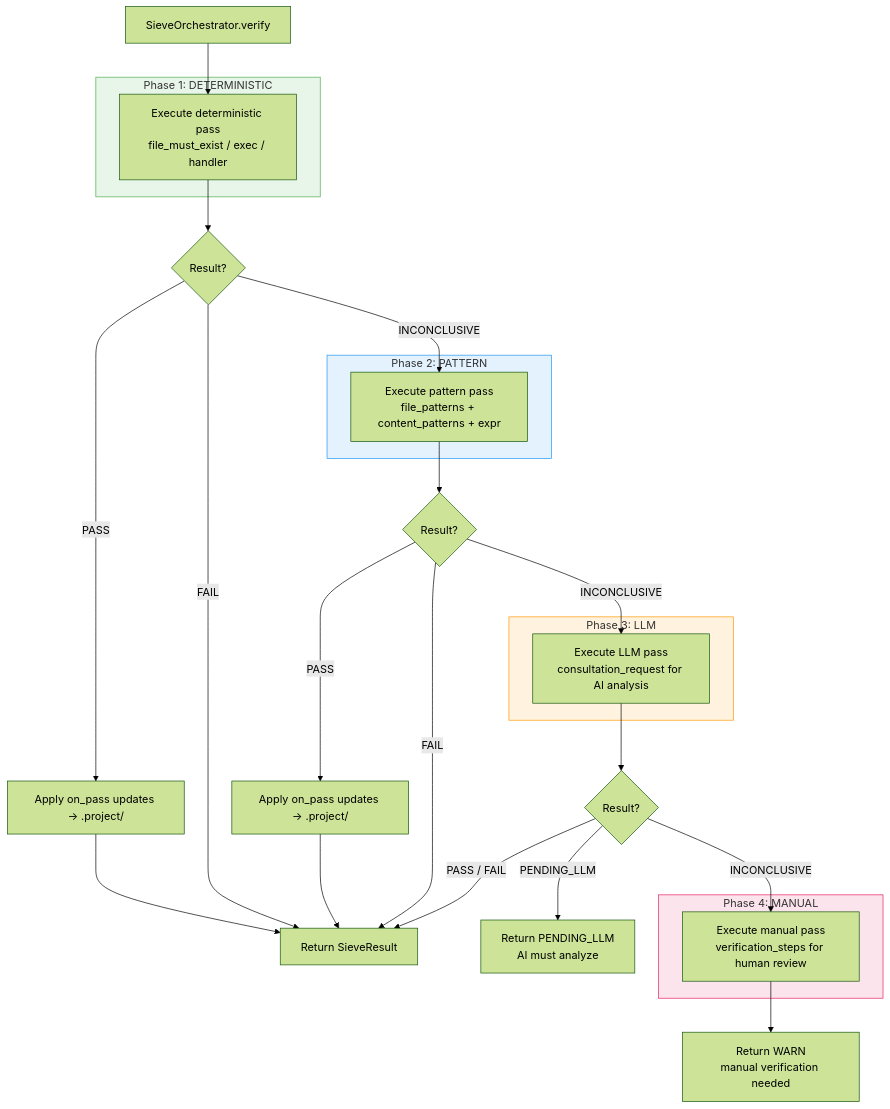
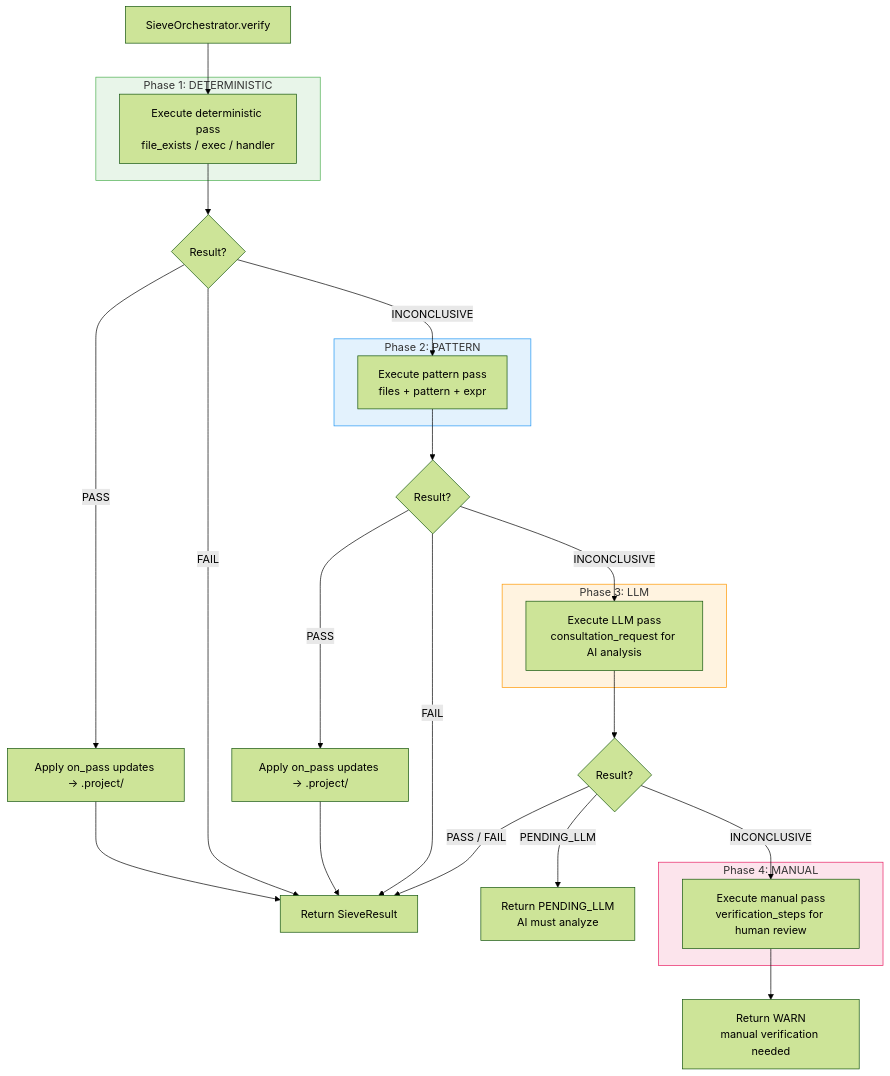
One commit to DYNOSuprovo/darnit changed the third of 6 diagrams in docs/WORKFLOW.md. Above: the diagram before and after it, drawn with Mermaid (forest theme). The commit also changed 91 other files, not shown here.

````diff
--- a/docs/WORKFLOW.md
+++ b/docs/WORKFLOW.md
@@ -77,44 +77,44 @@
 ```mermaid
 flowchart TD
     Start[SieveOrchestrator.verify] --> D
 
     subgraph Phase1["Phase 1: DETERMINISTIC"]
-        D[Execute deterministic pass<br/>file_must_exist / exec / handler]
+        D[Execute deterministic pass<br/>file_exists / exec / handler]
     end
 
     D --> D_check{Result?}
     D_check -->|PASS| D_pass[Apply on_pass updates → .project/]
     D_pass --> Done[Return SieveResult]
     D_check -->|FAIL| Done
     D_check -->|INCONCLUSIVE| P
 
     subgraph Phase2["Phase 2: PATTERN"]
-        P[Execute pattern pass<br/>file_patterns + content_patterns + expr]
+        P[Execute pattern pass<br/>files + pattern + expr]
     end
 
     P --> P_check{Result?}
     P_check -->|PASS| P_pass[Apply on_pass updates → .project/]
     P_pass --> Done
     P_check -->|FAIL| Done
     P_check -->|INCONCLUSIVE| LLM
 
     subgraph Phase3["Phase 3: LLM"]
         LLM[Execute LLM pass<br/>consultation_request for AI analysis]
     end
 
     LLM --> LLM_check{Result?}
     LLM_check -->|PASS / FAIL| Done
     LLM_check -->|PENDING_LLM| Pending[Return PENDING_LLM<br/>AI must analyze]
     LLM_check -->|INCONCLUSIVE| Manual
 
     subgraph Phase4["Phase 4: MANUAL"]
         Manual[Execute manual pass<br/>verification_steps for human review]
     end
 
     Manual --> Warn[Return WARN<br/>manual verification needed]
 
     style Phase1 fill:#e8f5e9,stroke:#4caf50
     style Phase2 fill:#e3f2fd,stroke:#2196f3
     style Phase3 fill:#fff3e0,stroke:#ff9800
     style Phase4 fill:#fce4ec,stroke:#e91e63
 ```
````
